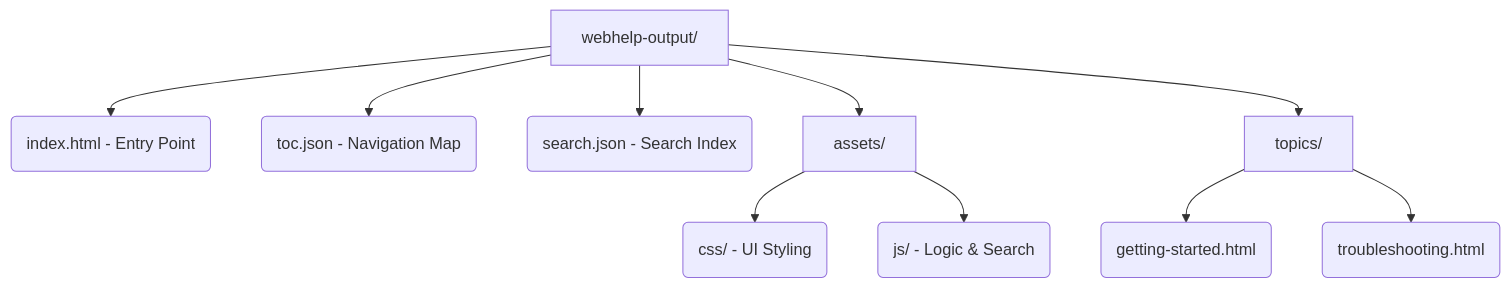
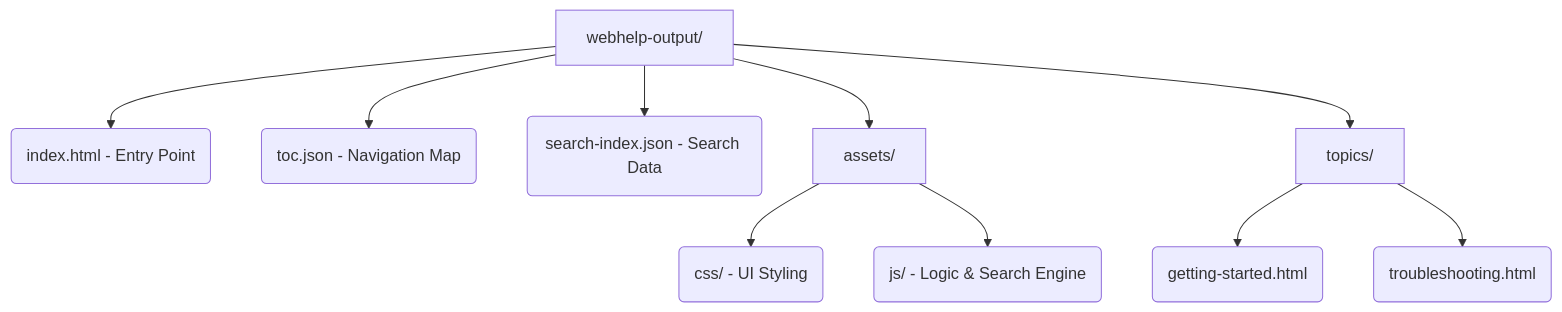
One commit to vaishvanara/techwritingkb changed the diagram in docs/industry-terms/webhelp.md. Above: the diagram before and after it, drawn with Mermaid. The commit also changed other lines of this file and 51 other files, not shown here.

````diff
--- a/docs/industry-terms/webhelp.md
+++ b/docs/industry-terms/webhelp.md
@@ -39,12 +37,12 @@
     ```mermaid
     graph TD
         A[webhelp-output/] --> B(index.html - Entry Point)
         A --> C(toc.json - Navigation Map)
-        A --> D(search.json - Search Index)
+        A --> D(search-index.json - Search Data)
         A --> E[assets/]
         E --> E1(css/ - UI Styling)
-        E --> E2(js/ - Logic & Search)
+        E --> E2(js/ - Logic & Search Engine)
         A --> F[topics/]
         F --> F1(getting-started.html)
         F --> F2(troubleshooting.html)
     ```
````
